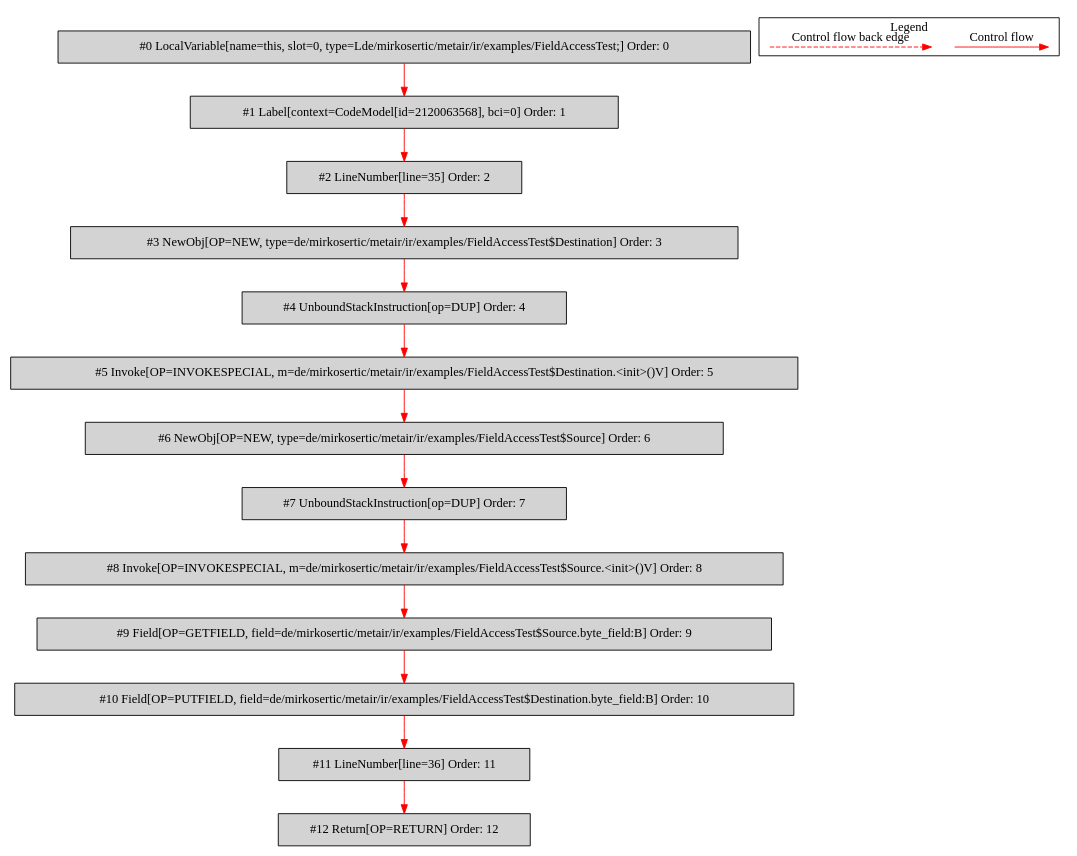
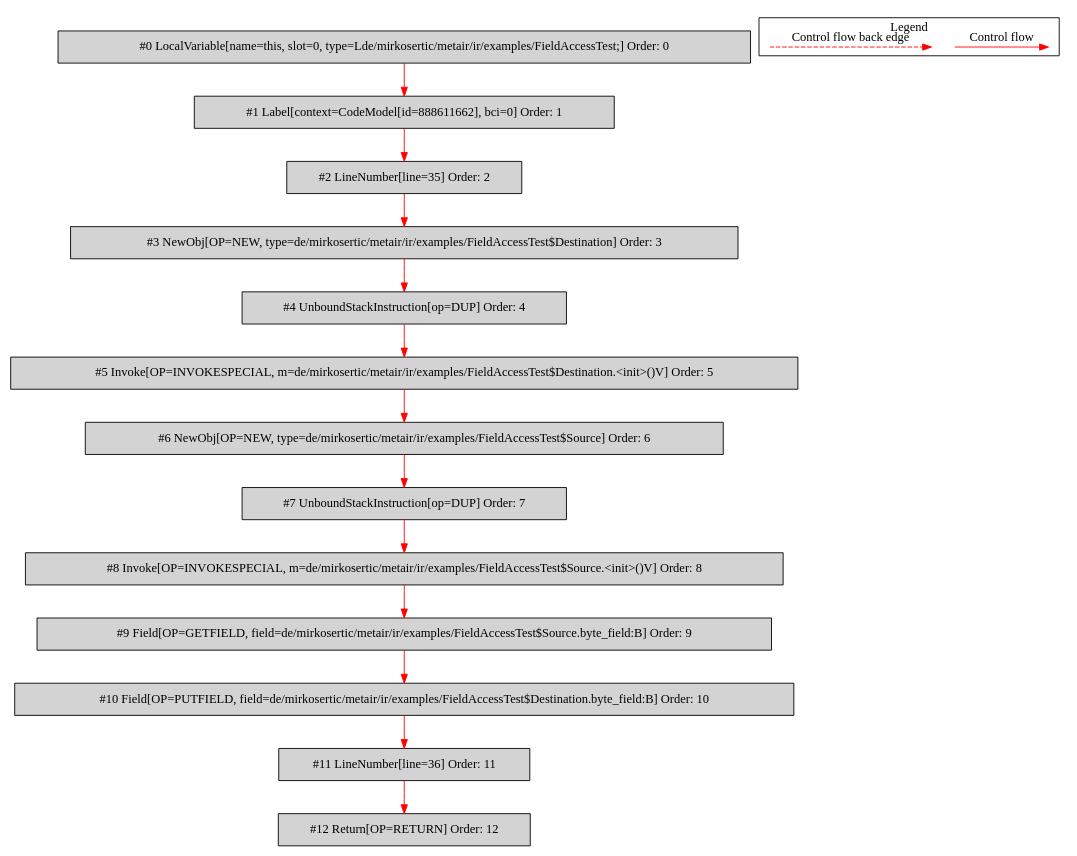
Before and after one commit to mirkosertic/MetaIR: the diagram in de.mirkosertic.metair.ir.examples.FieldAccessTest/copy_byte/bytecodecfg.dot, drawn with Graphviz. The commit also changed 167 other files, not shown here.

```diff
--- a/de.mirkosertic.metair.ir.examples.FieldAccessTest/copy_byte/bytecodecfg.dot
+++ b/de.mirkosertic.metair.ir.examples.FieldAccessTest/copy_byte/bytecodecfg.dot
@@ -1,41 +1,41 @@
 digraph {
  node0[label="#0 LocalVariable[name=this, slot=0, type=Lde/mirkosertic/metair/ir/examples/FieldAccessTest;] Order: 0", shape=box, fillcolor=lightgrey, style=filled];
- node1[label="#1 Label[context=CodeModel[id=2120063568], bci=0] Order: 1", shape=box, fillcolor=lightgrey, style=filled];
+ node1[label="#1 Label[context=CodeModel[id=888611662], bci=0] Order: 1", shape=box, fillcolor=lightgrey, style=filled];
  node2[label="#2 LineNumber[line=35] Order: 2", shape=box, fillcolor=lightgrey, style=filled];
  node3[label="#3 NewObj[OP=NEW, type=de/mirkosertic/metair/ir/examples/FieldAccessTest$Destination] Order: 3", shape=box, fillcolor=lightgrey, style=filled];
  node4[label="#4 UnboundStackInstruction[op=DUP] Order: 4", shape=box, fillcolor=lightgrey, style=filled];
  node5[label="#5 Invoke[OP=INVOKESPECIAL, m=de/mirkosertic/metair/ir/examples/FieldAccessTest$Destination.<init>()V] Order: 5", shape=box, fillcolor=lightgrey, style=filled];
  node6[label="#6 NewObj[OP=NEW, type=de/mirkosertic/metair/ir/examples/FieldAccessTest$Source] Order: 6", shape=box, fillcolor=lightgrey, style=filled];
  node7[label="#7 UnboundStackInstruction[op=DUP] Order: 7", shape=box, fillcolor=lightgrey, style=filled];
  node8[label="#8 Invoke[OP=INVOKESPECIAL, m=de/mirkosertic/metair/ir/examples/FieldAccessTest$Source.<init>()V] Order: 8", shape=box, fillcolor=lightgrey, style=filled];
  node9[label="#9 Field[OP=GETFIELD, field=de/mirkosertic/metair/ir/examples/FieldAccessTest$Source.byte_field:B] Order: 9", shape=box, fillcolor=lightgrey, style=filled];
  node10[label="#10 Field[OP=PUTFIELD, field=de/mirkosertic/metair/ir/examples/FieldAccessTest$Destination.byte_field:B] Order: 10", shape=box, fillcolor=lightgrey, style=filled];
  node11[label="#11 LineNumber[line=36] Order: 11", shape=box, fillcolor=lightgrey, style=filled];
  node12[label="#12 Return[OP=RETURN] Order: 12", shape=box, fillcolor=lightgrey, style=filled];
  node0 -> node1[color=red];
  node1 -> node2[color=red];
  node2 -> node3[color=red];
  node3 -> node4[color=red];
  node4 -> node5[color=red];
  node5 -> node6[color=red];
  node6 -> node7[color=red];
  node7 -> node8[color=red];
  node8 -> node9[color=red];
  node9 -> node10[color=red];
  node10 -> node11[color=red];
  node11 -> node12[color=red];
  subgraph cluster_000 {
   label = "Legend";
   node [shape=point]
   {
    rank=same;
    c0 [style = invis];
    c1 [style = invis];
    c2 [style = invis];
    c3 [style = invis];
   }
   c0 -> c1 [label="Control flow", style=solid, color=red]
   c2 -> c3 [label="Control flow back edge", style=dashed, color=red]
  }
 
 }
```
